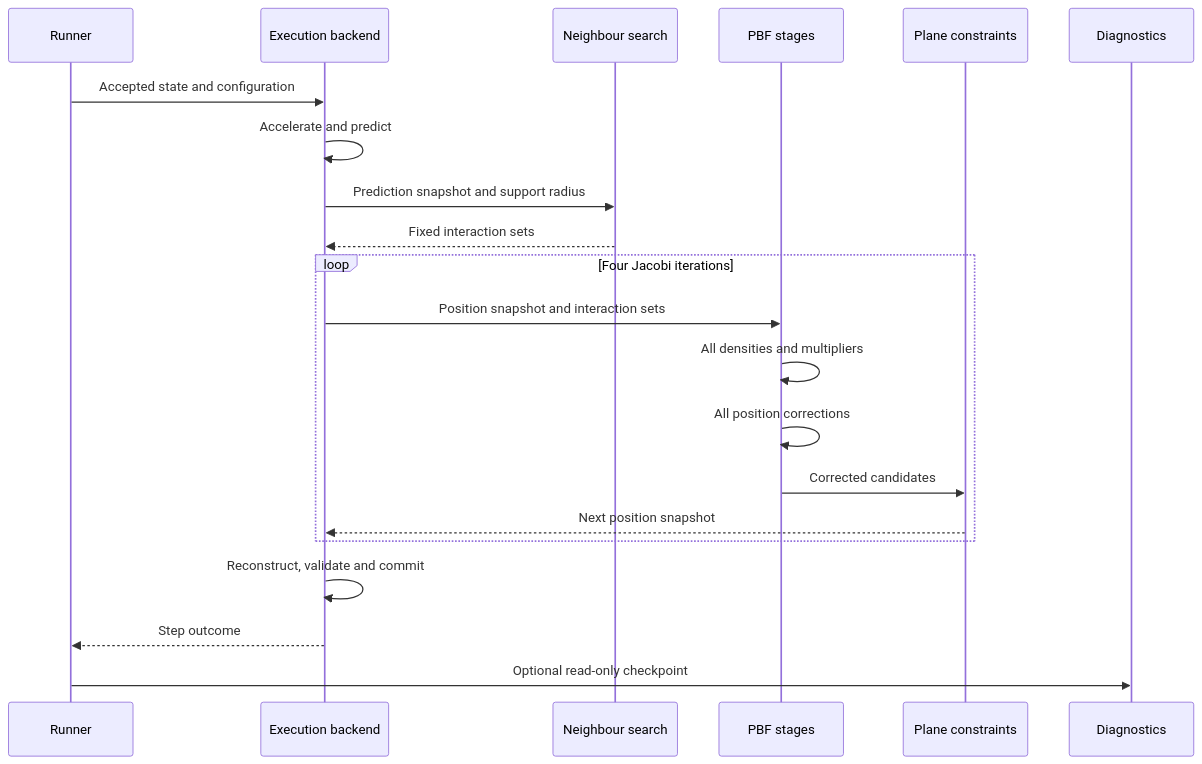
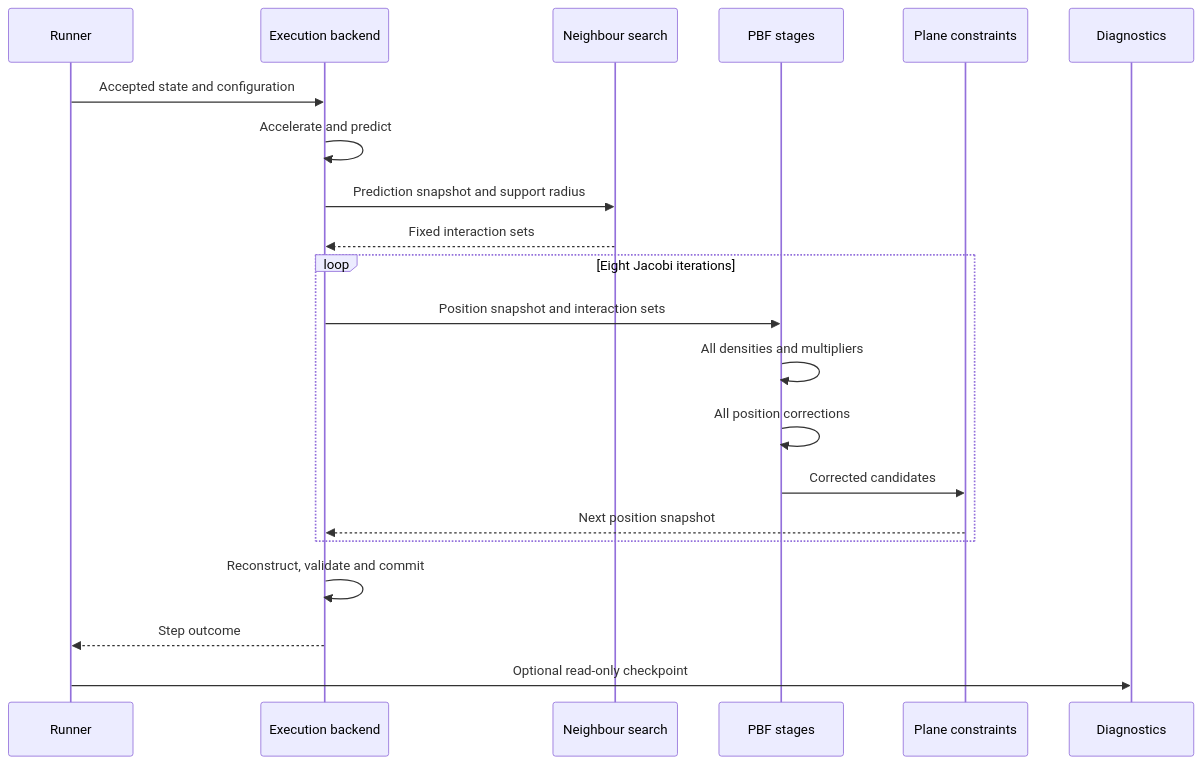
Before and after one commit to Mahkrab/EPQ: the second of 2 diagrams in docs/project/development/milestones/00/phases/phase-00-design-contract.md, drawn with Mermaid. The commit also changed other lines of this file and 2 other files, not shown here.

````diff
--- a/docs/project/development/milestones/00/phases/phase-00-design-contract.md
+++ b/docs/project/development/milestones/00/phases/phase-00-design-contract.md
@@ -601,24 +715,24 @@
 ```mermaid
 sequenceDiagram
     participant R as Runner
     participant B as Execution backend
     participant N as Neighbour search
     participant S as PBF stages
     participant P as Plane constraints
     participant D as Diagnostics
 
     R->>B: Accepted state and configuration
     B->>B: Accelerate and predict
     B->>N: Prediction snapshot and support radius
     N-->>B: Fixed interaction sets
-    loop Four Jacobi iterations
+    loop Eight Jacobi iterations
         B->>S: Position snapshot and interaction sets
         S->>S: All densities and multipliers
         S->>S: All position corrections
         S->>P: Corrected candidates
         P-->>B: Next position snapshot
     end
     B->>B: Reconstruct, validate and commit
     B-->>R: Step outcome
     R->>D: Optional read-only checkpoint
 ```
````
